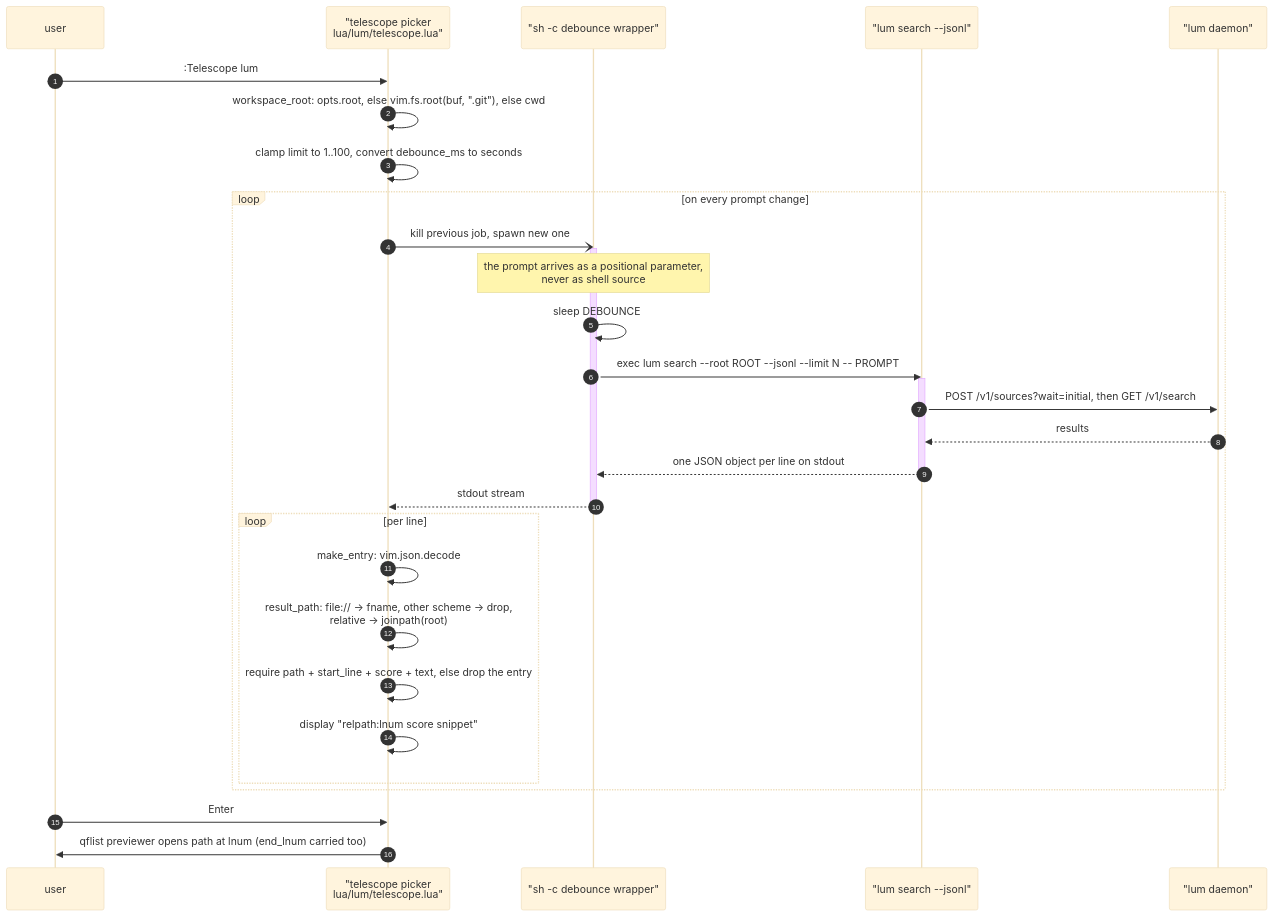
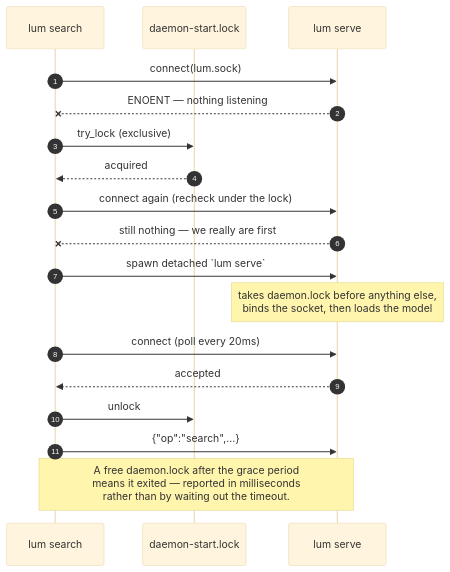
Before and after one commit to alDuncanson/lum: the second of 10 diagrams in docs/diagrams.md, drawn with Mermaid (base theme). The commit also changed other lines of this file and 115 other files, not shown here.

````diff
--- a/docs/diagrams.md
+++ b/docs/diagrams.md
@@ -269,35 +56,21 @@
 ```mermaid
 sequenceDiagram
     autonumber
-    participant U as user
-    participant T as "telescope picker<br/>lua/lum/telescope.lua"
-    participant SH as "sh -c debounce wrapper"
-    participant C as "lum search --jsonl"
-    participant D as "lum daemon"
+    participant C as lum search
+    participant L as daemon-start.lock
+    participant D as lum serve
 
-    U->>T: :Telescope lum
-    T->>T: workspace_root: opts.root, else vim.fs.root(buf, ".git"), else cwd
-    T->>T: clamp limit to 1..100, convert debounce_ms to seconds
-    loop on every prompt change
-        T-)SH: kill previous job, spawn new one
-        activate SH
-        Note over SH: the prompt arrives as a positional parameter,<br/>never as shell source
-        SH->>SH: sleep DEBOUNCE
-        SH->>C: exec lum search --root ROOT --jsonl --limit N -- PROMPT
-        activate C
-        C->>D: POST /v1/sources?wait=initial, then GET /v1/search
-        D-->>C: results
-        C-->>SH: one JSON object per line on stdout
-        deactivate C
-        SH-->>T: stdout stream
-        deactivate SH
-        loop per line
-            T->>T: make_entry: vim.json.decode
-            T->>T: result_path: file:// → fname, other scheme → drop,<br/>relative → joinpath(root)
-            T->>T: require path + start_line + score + text, else drop the entry
-            T->>T: display "relpath:lnum  score  snippet"
-        end
-    end
-    U->>T: Enter
-    T->>U: qflist previewer opens path at lnum (end_lnum carried too)
+    C->>D: connect(lum.sock)
+    D--xC: ENOENT — nothing listening
+    C->>L: try_lock (exclusive)
+    L-->>C: acquired
+    C->>D: connect again (recheck under the lock)
+    D--xC: still nothing — we really are first
+    C->>D: spawn detached `lum serve`
+    Note over D: takes daemon.lock before anything else,<br/>binds the socket, then loads the model
+    C->>D: connect (poll every 20ms)
+    D-->>C: accepted
+    C->>L: unlock
+    C->>D: {"op":"search",...}
+    Note over C,D: A free daemon.lock after the grace period<br/>means it exited — reported in milliseconds<br/>rather than by waiting out the timeout.
 ```
````
